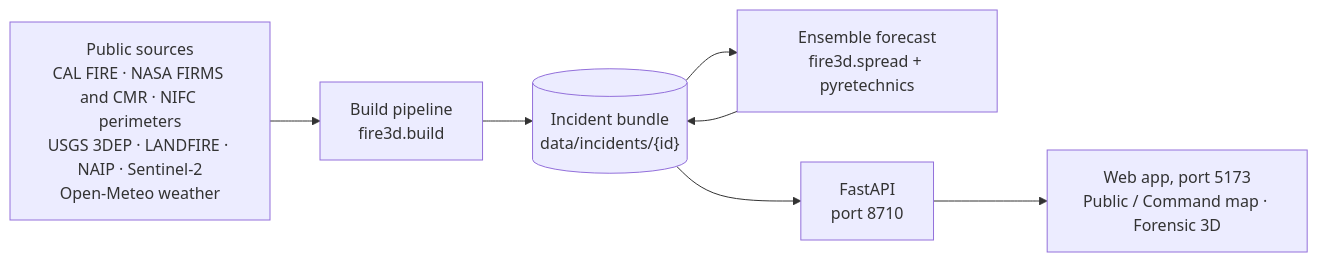
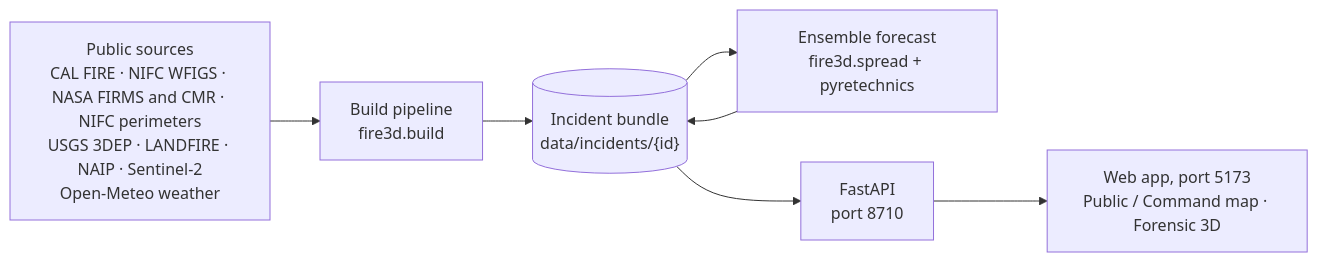
Before and after one commit to gz1010/fire-3d: the first of 2 diagrams in README.md, drawn with Mermaid. The commit also changed other lines of this file and 7 other files, not shown here.

````diff
--- a/README.md
+++ b/README.md
@@ -277,12 +333,12 @@
 ```mermaid
 flowchart LR
-  S["Public sources<br/>CAL FIRE · NASA FIRMS and CMR · NIFC perimeters<br/>USGS 3DEP · LANDFIRE · NAIP · Sentinel-2<br/>Open-Meteo weather"]
+  S["Public sources<br/>CAL FIRE · NIFC WFIGS · NASA FIRMS and CMR · NIFC perimeters<br/>USGS 3DEP · LANDFIRE · NAIP · Sentinel-2<br/>Open-Meteo weather"]
   B["Build pipeline<br/>fire3d.build"]
   D[("Incident bundle<br/>data/incidents/{id}")]
   F["Ensemble forecast<br/>fire3d.spread + pyretechnics"]
   A["FastAPI<br/>port 8710"]
   W["Web app, port 5173<br/>Public / Command map · Forensic 3D"]
   S --> B --> D
   D --> F --> D
   D --> A --> W
 ```
````
